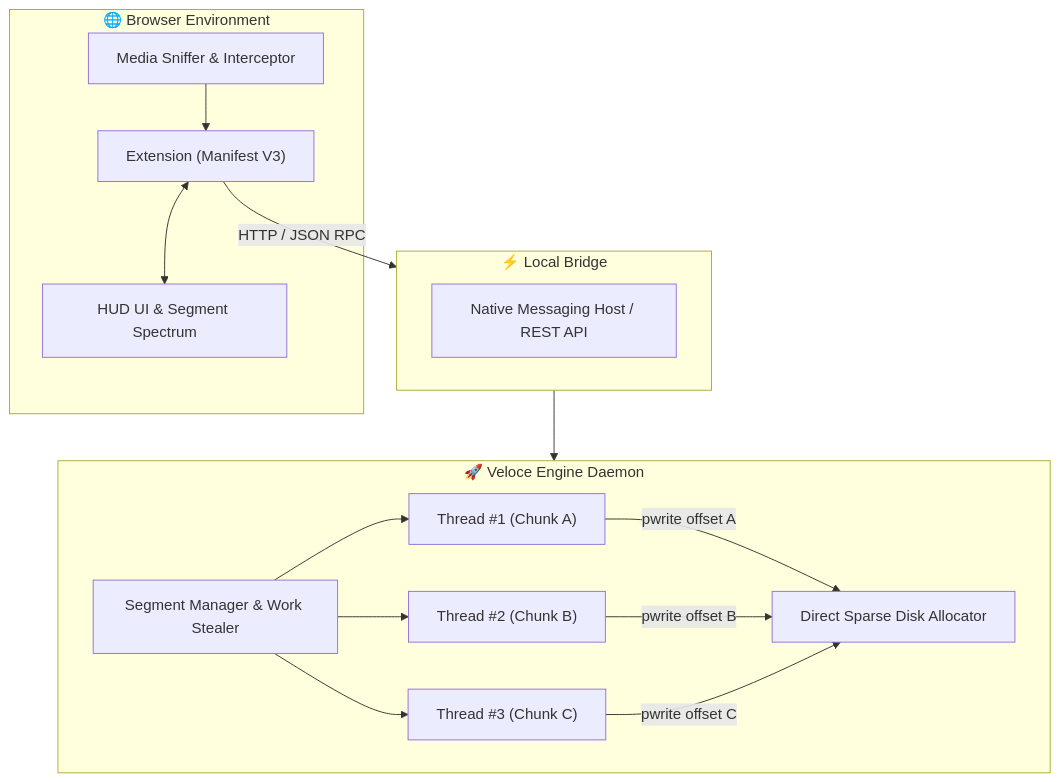
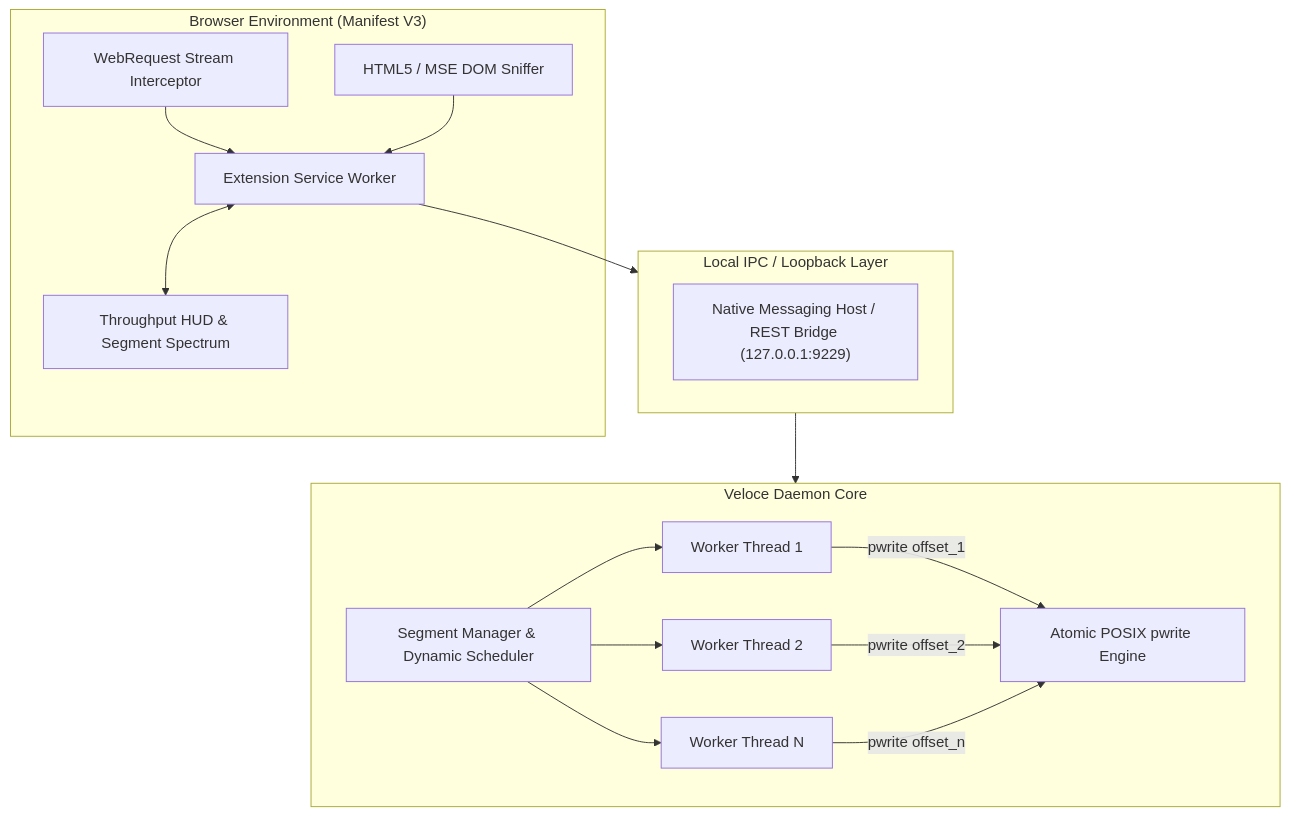
The diagram in README.md (Firojpaudel/veloce), drawn with Mermaid before and after one commit. The commit also changed other lines of this file and 7 other files, not shown here.

Commit message:
refactor: apply engineering audit, atomic pwrite disk io, and clean documentation

````diff
--- a/README.md
+++ b/README.md
@@ -26,32 +27,33 @@
 ```mermaid
 flowchart TD
-    subgraph Browser ["🌐 Browser Environment"]
-        Ext["Extension (Manifest V3)"]
-        Sniff["Media Sniffer & Interceptor"]
-        Popup["HUD UI & Segment Spectrum"]
-        Sniff --> Ext
-        Ext <--> Popup
+    subgraph BrowserClient ["Browser Environment (Manifest V3)"]
+        WebRequest["WebRequest Stream Interceptor"]
+        DOMSniffer["HTML5 / MSE DOM Sniffer"]
+        PopupUI["Throughput HUD & Segment Spectrum"]
+        WebRequest --> ExtensionCore["Extension Service Worker"]
+        DOMSniffer --> ExtensionCore
+        ExtensionCore <--> PopupUI
     end
 
-    subgraph Bridge ["⚡ Local Bridge"]
-        Native["Native Messaging Host / REST API"]
+    subgraph NativeBridge ["Local IPC / Loopback Layer"]
+        HostBridge["Native Messaging Host / REST Bridge (127.0.0.1:9229)"]
     end
 
-    subgraph Core ["🚀 Veloce Engine Daemon"]
-        SM["Segment Manager & Work Stealer"]
-        W1["Thread #1 (Chunk A)"]
-        W2["Thread #2 (Chunk B)"]
-        W3["Thread #3 (Chunk C)"]
-        Sparse["Direct Sparse Disk Allocator"]
+    subgraph CoreEngine ["Veloce Daemon Core"]
+        SegmentCoordinator["Segment Manager & Dynamic Scheduler"]
+        Thread1["Worker Thread 1"]
+        Thread2["Worker Thread 2"]
+        ThreadN["Worker Thread N"]
+        DiskBuffer["Atomic POSIX pwrite Engine"]
 
-        SM --> W1
-        SM --> W2
-        SM --> W3
-        W1 -->|pwrite offset A| Sparse
-        W2 -->|pwrite offset B| Sparse
-        W3 -->|pwrite offset C| Sparse
+        SegmentCoordinator --> Thread1
+        SegmentCoordinator --> Thread2
+        SegmentCoordinator --> ThreadN
+        Thread1 -->|pwrite offset_1| DiskBuffer
+        Thread2 -->|pwrite offset_2| DiskBuffer
+        ThreadN -->|pwrite offset_n| DiskBuffer
     end
 
-    Ext -->|HTTP / JSON RPC| Bridge
-    Bridge --> Core
+    ExtensionCore --> NativeBridge
+    NativeBridge --> CoreEngine
 ```
````
